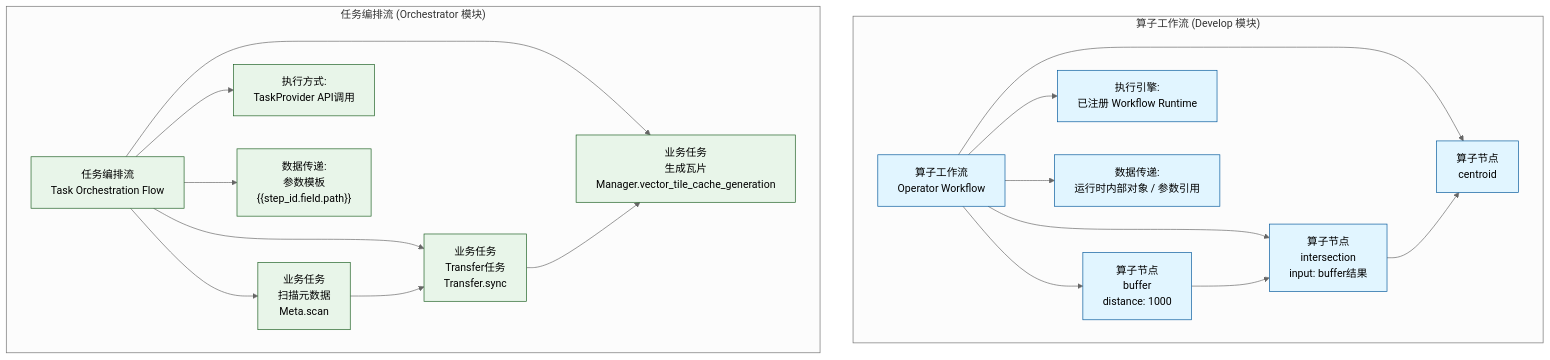
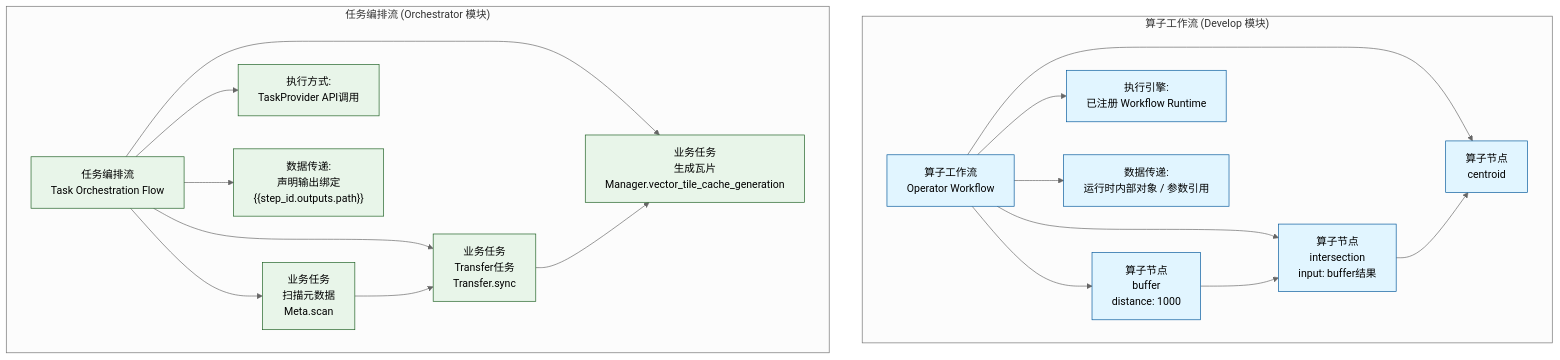
Before and after one commit to pampa0629/addp: the second of 6 diagrams in docs/concepts/addp任务编排体系图.md, drawn with Mermaid (neutral theme). The commit also changed other lines of this file and 329 other files, not shown here.

````diff
--- a/docs/concepts/addp任务编排体系图.md
+++ b/docs/concepts/addp任务编排体系图.md
@@ -134,36 +134,36 @@
 ```mermaid
 graph TB
     subgraph "算子工作流 (Develop 模块)"
         OpWF[算子工作流<br/>Operator Workflow]
 
         OpWF --> OpNode1[算子节点<br/>buffer<br/>distance: 1000]
         OpWF --> OpNode2[算子节点<br/>intersection<br/>input: buffer结果]
         OpWF --> OpNode3[算子节点<br/>centroid]
 
         OpNode1 --> OpNode2
         OpNode2 --> OpNode3
 
         OpWF --> OpEngine[执行引擎:<br/>已注册 Workflow Runtime]
         OpWF --> OpData[数据传递:<br/>运行时内部对象 / 参数引用]
     end
 
     subgraph "任务编排流 (Orchestrator 模块)"
         TaskWF[任务编排流<br/>Task Orchestration Flow]
 
         TaskWF --> TaskNode1[业务任务<br/>扫描元数据<br/>Meta.scan]
         TaskWF --> TaskNode2[业务任务<br/>Transfer任务<br/>Transfer.sync]
         TaskWF --> TaskNode3[业务任务<br/>生成瓦片<br/>Manager.vector_tile_cache_generation]
 
         TaskNode1 --> TaskNode2
         TaskNode2 --> TaskNode3
 
         TaskWF --> TaskEngine[执行方式:<br/>TaskProvider API调用]
-        TaskWF --> TaskData["数据传递:<br/>参数模板<br/>{{step_id.field.path}}"]
+        TaskWF --> TaskData["数据传递:<br/>声明输出绑定<br/>{{step_id.outputs.path}}"]
     end
 
     classDef operator fill:#e1f5ff,stroke:#01579b
     classDef task fill:#e8f5e9,stroke:#1b5e20
 
     class OpWF,OpNode1,OpNode2,OpNode3,OpEngine,OpData operator
     class TaskWF,TaskNode1,TaskNode2,TaskNode3,TaskEngine,TaskData task
 ```
````
